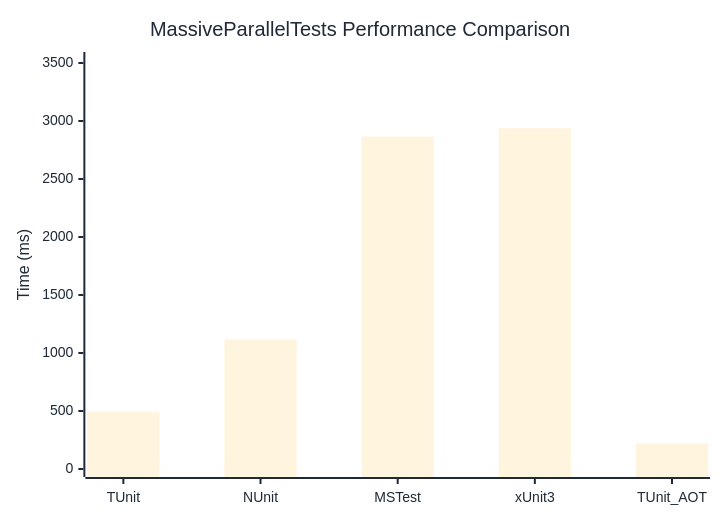
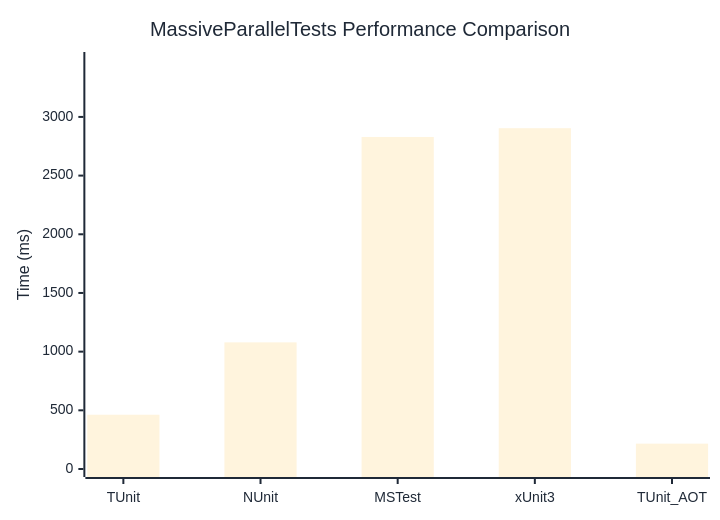
Before and after one commit to thomhurst/TUnit: the diagram in docs/docs/benchmarks/engine/MassiveParallelTests.md, drawn with Mermaid. The commit also changed other lines of this file and 17 other files, not shown here.

````diff
--- a/docs/docs/benchmarks/engine/MassiveParallelTests.md
+++ b/docs/docs/benchmarks/engine/MassiveParallelTests.md
@@ -29,37 +29,37 @@
 ```mermaid
 %%{init: {
   'theme':'base',
   'themeVariables': {
     'primaryColor': '#2563eb',
     'primaryTextColor': '#1f2937',
     'primaryBorderColor': '#1e40af',
     'lineColor': '#6b7280',
     'secondaryColor': '#7c3aed',
     'tertiaryColor': '#dc2626',
     'background': '#ffffff',
     'mainBkg': '#2563eb',
     'secondBkg': '#7c3aed',
     'tertiaryBkg': '#dc2626',
     'clusterBkg': '#f3f4f6',
     'edgeLabelBackground': '#ffffff',
     'tertiaryTextColor': '#1f2937',
     'pie1': '#2563eb',
     'pie2': '#7c3aed',
     'pie3': '#dc2626',
     'pie4': '#f59e0b',
     'pie5': '#10b981',
     'pie6': '#06b6d4',
     'pie7': '#ec4899',
     'pie8': '#6366f1',
     'pie9': '#84cc16',
     'pie10': '#f97316',
     'pie11': '#14b8a6',
     'pie12': '#a855f7'
   }
 }}%%
 xychart-beta
   title "MassiveParallelTests Performance Comparison"
   x-axis ["TUnit", "NUnit", "MSTest", "xUnit3", "TUnit_AOT"]
-  y-axis "Time (ms)" 0 --> 3526
-  bar [494.1, 1117.1, 2866.4, 2937.7, 220.7]
+  y-axis "Time (ms)" 0 --> 3485
+  bar [462.5, 1079.1, 2829.3, 2903.9, 216]
 ```
````
